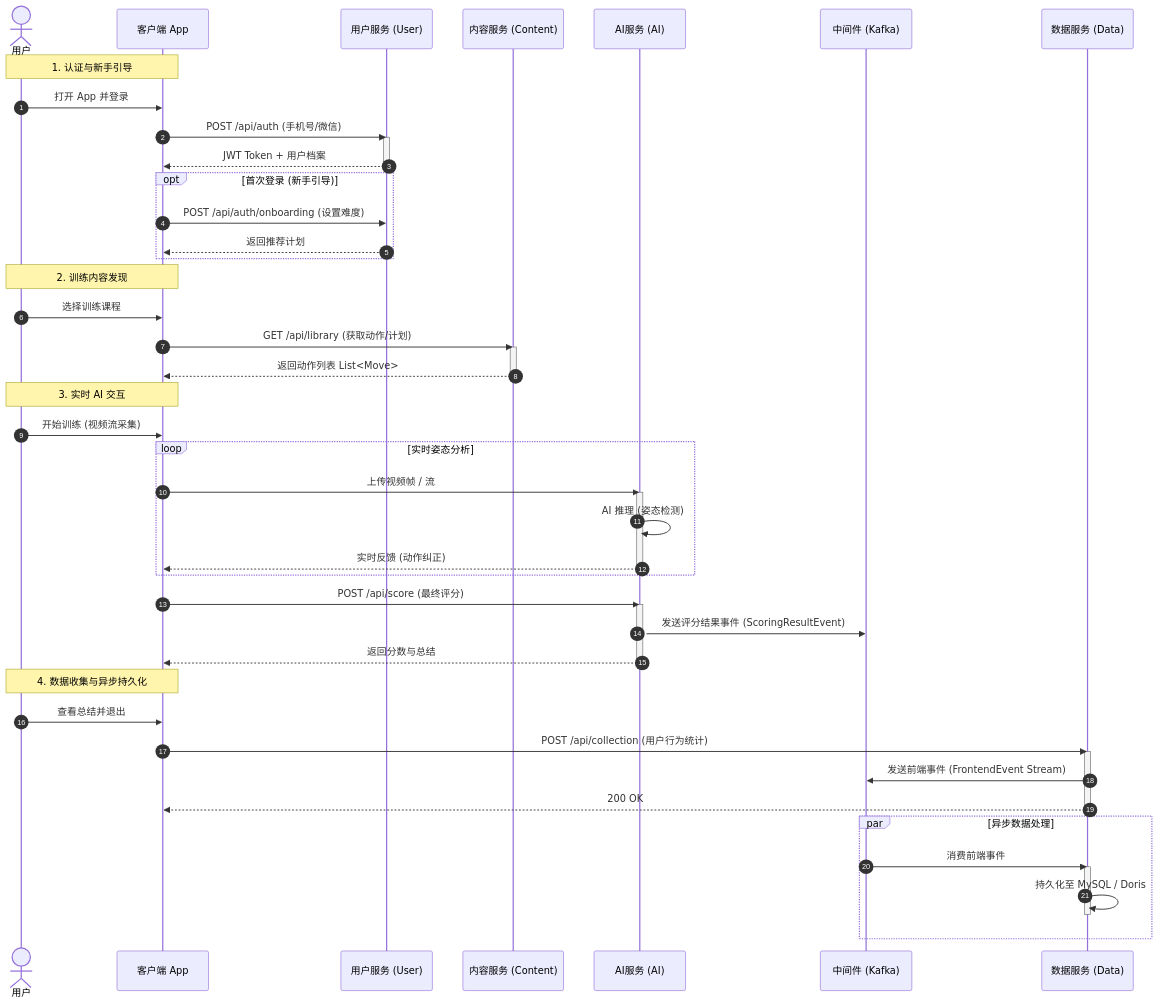
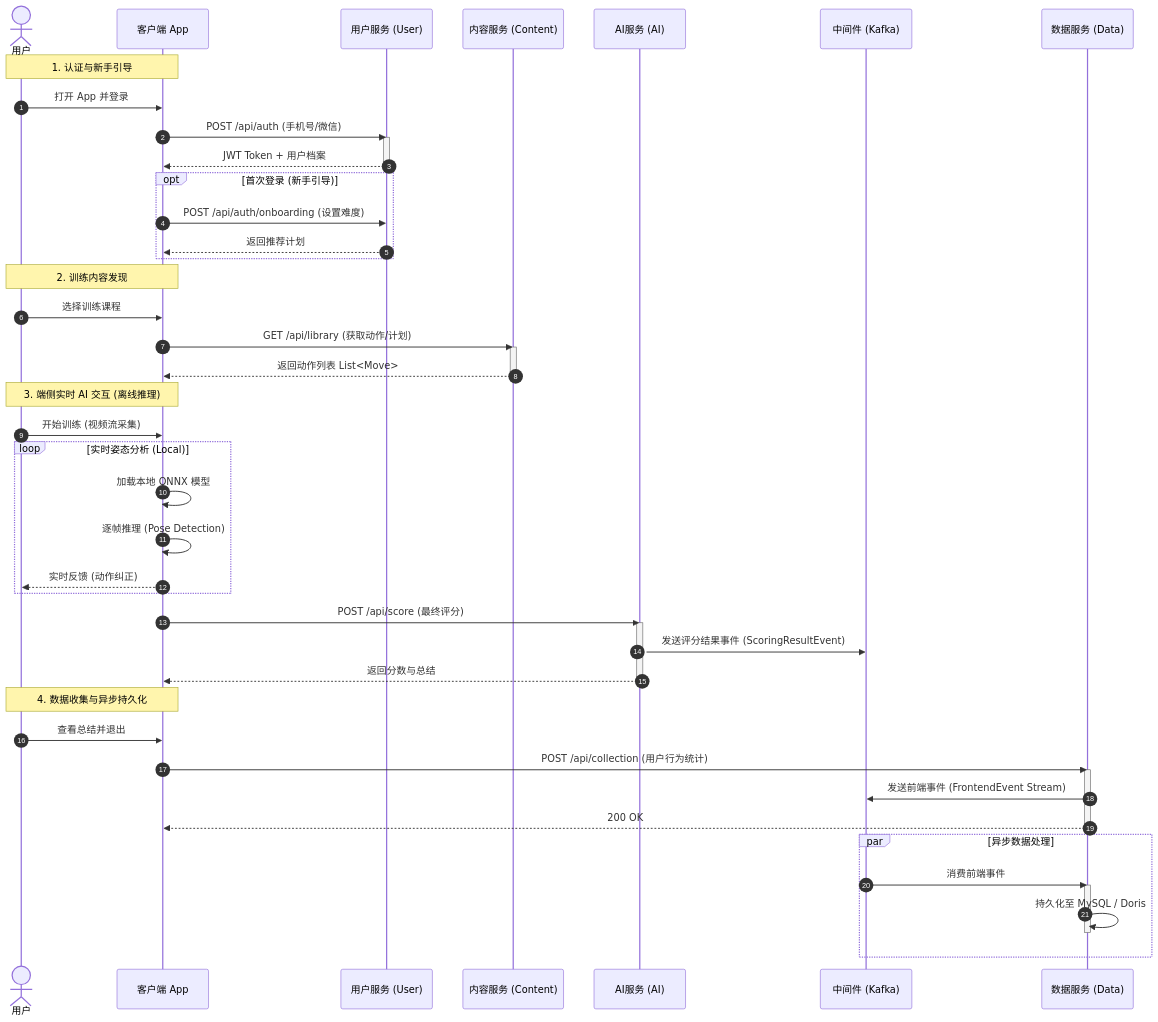
One commit to timmyboidk/fitness-demo-backend changed the second of 2 diagrams in doc/project_diagrams.md. Above: the diagram before and after it, drawn with Mermaid.

Commit message:
更新图表

````diff
--- a/doc/project_diagrams.md
+++ b/doc/project_diagrams.md
@@ -58,65 +58,63 @@
 ```mermaid
 sequenceDiagram
     autonumber
     actor User as 用户
     participant App as 客户端 App
     participant UserSvc as 用户服务 (User)
     participant ContentSvc as 内容服务 (Content)
     participant AISvc as AI服务 (AI)
     participant Kafka as 中间件 (Kafka)
     participant DataSvc as 数据服务 (Data)
 
     %% 1. 认证阶段
     Note over User, App: 1. 认证与新手引导
     User->>App: 打开 App 并登录
     App->>UserSvc: POST /api/auth (手机号/微信)
     activate UserSvc
     UserSvc-->>App: JWT Token + 用户档案
     deactivate UserSvc
     
     opt 首次登录 (新手引导)
         App->>UserSvc: POST /api/auth/onboarding (设置难度)
         UserSvc-->>App: 返回推荐计划
     end
 
     %% 2. 内容阶段
     Note over User, App: 2. 训练内容发现
     User->>App: 选择训练课程
     App->>ContentSvc: GET /api/library (获取动作/计划)
     activate ContentSvc
     ContentSvc-->>App: 返回动作列表 List<Move>
     deactivate ContentSvc
 
     %% 3. AI 阶段
-    Note over User, App: 3. 实时 AI 交互
+    Note over User, App: 3. 端侧实时 AI 交互 (离线推理)
     User->>App: 开始训练 (视频流采集)
-    loop 实时姿态分析
-        App->>AISvc: 上传视频帧 / 流
-        activate AISvc
-        AISvc->>AISvc: AI 推理 (姿态检测)
-        AISvc-->>App: 实时反馈 (动作纠正)
-        deactivate AISvc
+    loop 实时姿态分析 (Local)
+        App->>App: 加载本地 ONNX 模型
+        App->>App: 逐帧推理 (Pose Detection)
+        App-->>User: 实时反馈 (动作纠正)
     end
     
     App->>AISvc: POST /api/score (最终评分)
     activate AISvc
     AISvc->>Kafka: 发送评分结果事件 (ScoringResultEvent)
     AISvc-->>App: 返回分数与总结
     deactivate AISvc
     
     %% 4. 数据阶段
     Note over User, App: 4. 数据收集与异步持久化
     User->>App: 查看总结并退出
     App->>DataSvc: POST /api/collection (用户行为统计)
     activate DataSvc
     DataSvc->>Kafka: 发送前端事件 (FrontendEvent Stream)
     DataSvc-->>App: 200 OK
     deactivate DataSvc
     
     par 异步数据处理
         Kafka->>DataSvc: 消费前端事件
         activate DataSvc
         DataSvc->>DataSvc: 持久化至 MySQL / Doris
         deactivate DataSvc
     end
 ```
````
